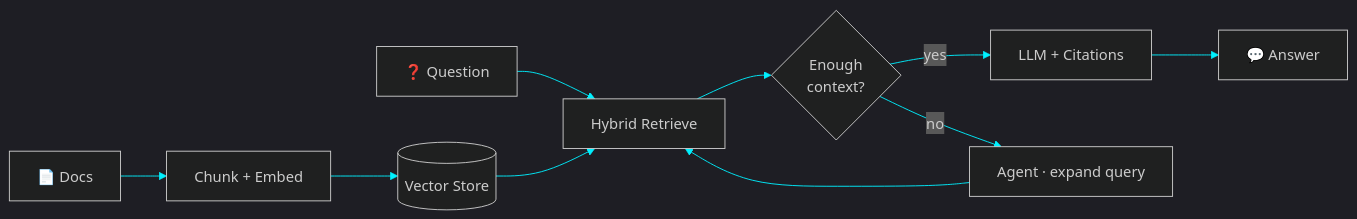
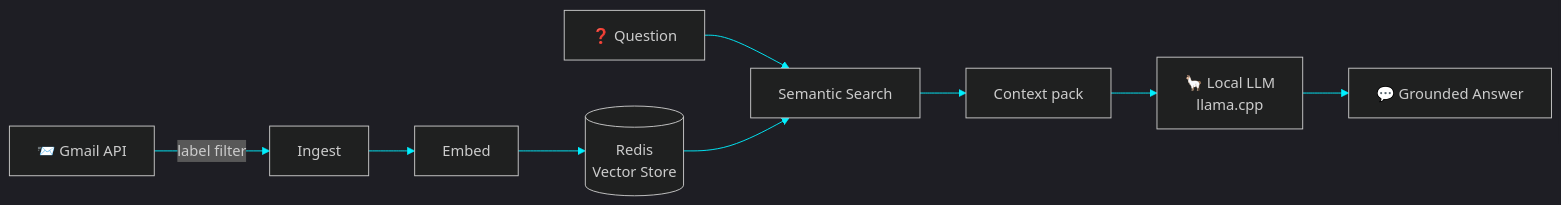
One commit to rakshithrajs/rakshithrajs changed the second of 4 diagrams in README.md. Above: the diagram before and after it, drawn with Mermaid. The commit also changed other lines of this file, not shown here.

````diff
--- a/README.md
+++ b/README.md
@@ -229,13 +227,12 @@
 ```mermaid
 %%{init:{'theme':'dark','themeVariables':{'primaryColor':'#0a0f1a','primaryTextColor':'#e2e8f0','lineColor':'#00f0ff','primaryBorderColor':'#00f0ff'}}}%%
 flowchart LR
-    A[📄 Docs] --> B[Chunk + Embed]
-    B --> C[(Vector Store)]
-    D[❓ Question] --> E[Hybrid Retrieve]
-    C --> E
-    E --> F{Enough<br/>context?}
-    F -- yes --> G[LLM + Citations]
-    F -- no  --> H[Agent · expand query]
-    H --> E
-    G --> I[💬 Answer]
+    G[📨 Gmail API] -->|label filter| I[Ingest]
+    I --> E[Embed]
+    E --> R[(Redis<br/>Vector Store)]
+    Q[❓ Question] --> S[Semantic Search]
+    R --> S
+    S --> C[Context pack]
+    C --> L[🦙 Local LLM<br/>llama.cpp]
+    L --> A[💬 Grounded Answer]
 ```
````
